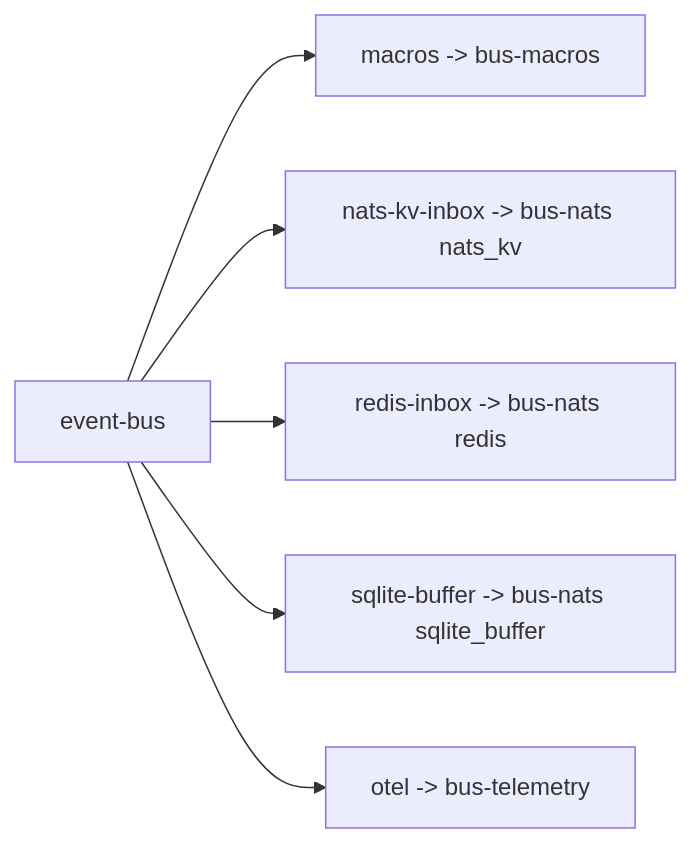
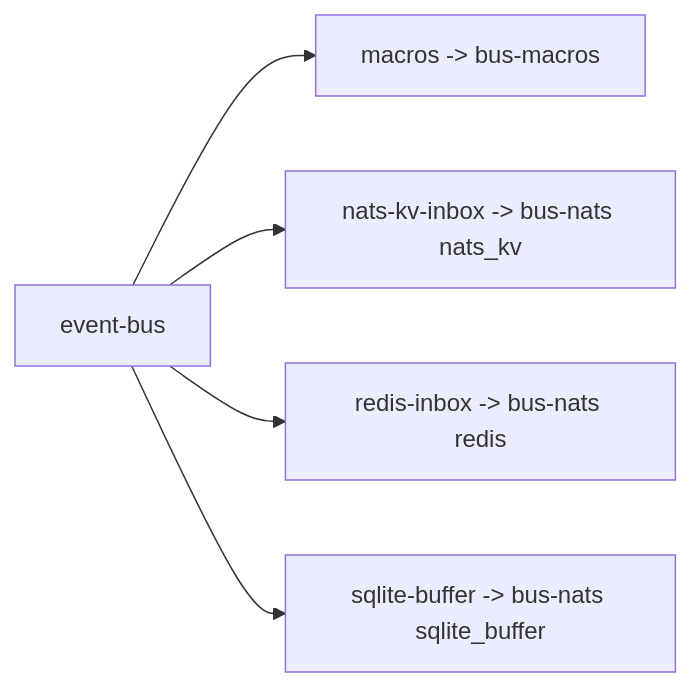
One commit to scriptkid23/eventbus-rs changed the second of 3 diagrams in docs/diagrams/system-diagrams.md. Above: the diagram before and after it, drawn with Mermaid. The commit also changed other lines of this file, not shown here.

First line of the commit message:
slim: drop telemetry from system diagrams

````diff
--- a/docs/diagrams/system-diagrams.md
+++ b/docs/diagrams/system-diagrams.md
@@ -26,15 +23,13 @@
 ```mermaid
 flowchart LR
     eventBus[event-bus]
     macros["macros -> bus-macros"]
     natsKv["nats-kv-inbox -> bus-nats nats_kv"]
     redisInbox["redis-inbox -> bus-nats redis"]
     sqliteBuffer["sqlite-buffer -> bus-nats sqlite_buffer"]
-    otel["otel -> bus-telemetry"]
 
     eventBus --> macros
     eventBus --> natsKv
     eventBus --> redisInbox
     eventBus --> sqliteBuffer
-    eventBus --> otel
 ```
````
